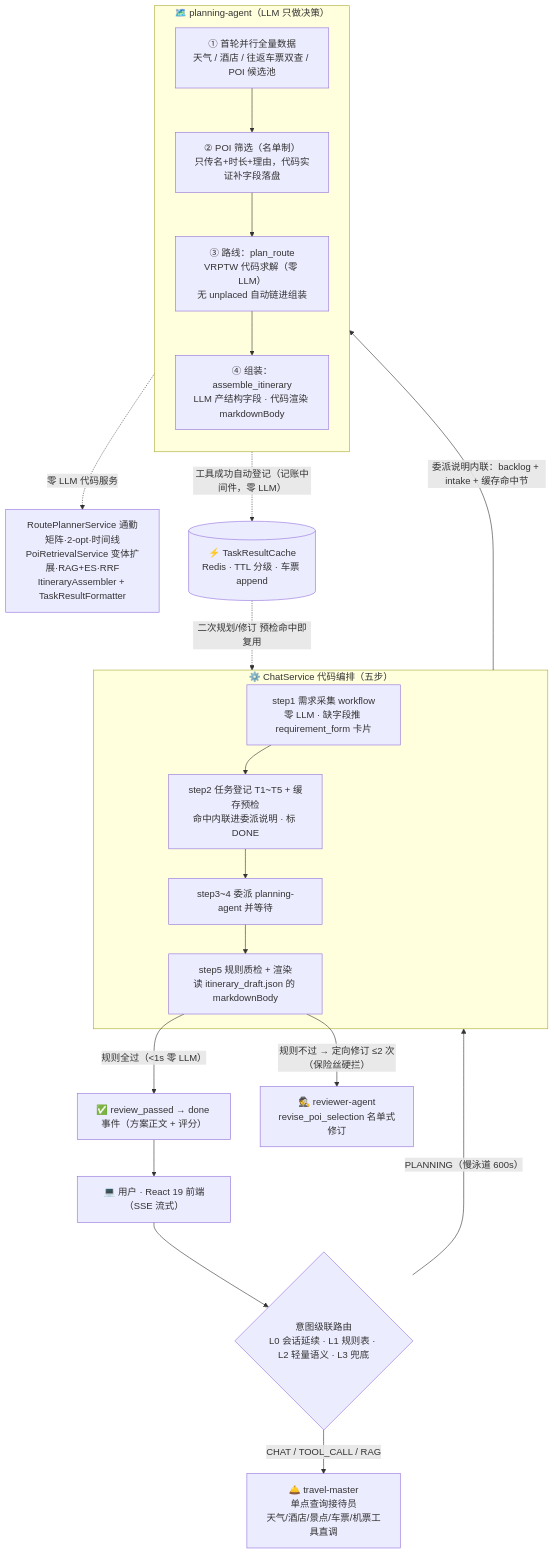
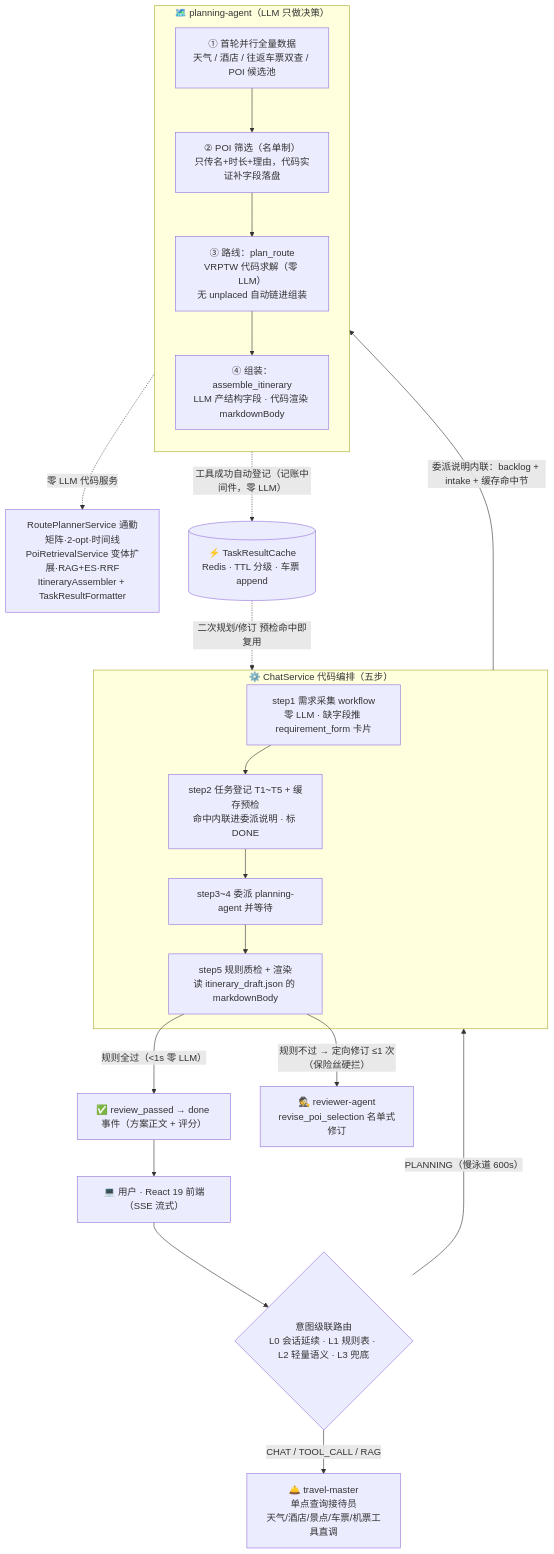
One commit to Kilsme/TravelScope changed the diagram in README.md. Above: the diagram before and after it, drawn with Mermaid. The commit also changed other lines of this file and 50 other files, not shown here.

````diff
--- a/README.md
+++ b/README.md
@@ -52,36 +52,36 @@
 ```mermaid
 flowchart TD
     U["💻 用户 · React 19 前端（SSE 流式）"] --> IR{"意图级联路由<br/>L0 会话延续 · L1 规则表 · L2 轻量语义 · L3 兜底"}
 
     IR -->|"CHAT / TOOL_CALL / RAG"| M["🛎️ travel-master<br/>单点查询接待员<br/>天气/酒店/景点/车票/机票工具直调"]
 
     IR -->|"PLANNING（慢泳道 600s）"| CS
 
     subgraph CS ["⚙️ ChatService 代码编排（五步）"]
         S1["step1 需求采集 workflow<br/>零 LLM · 缺字段推 requirement_form 卡片"]
         S2["step2 任务登记 T1~T5 + 缓存预检<br/>命中内联进委派说明 · 标 DONE"]
         S34["step3~4 委派 planning-agent 并等待"]
         S5["step5 规则质检 + 渲染<br/>读 itinerary_draft.json 的 markdownBody"]
         S1 --> S2 --> S34 --> S5
     end
 
     subgraph PA ["🗺️ planning-agent（LLM 只做决策）"]
         direction TB
         P1["① 首轮并行全量数据<br/>天气 / 酒店 / 往返车票双查 / POI 候选池"]
         P2["② POI 筛选（名单制）<br/>只传名+时长+理由，代码实证补字段落盘"]
         P3["③ 路线：plan_route<br/>VRPTW 代码求解（零 LLM）<br/>无 unplaced 自动链进组装"]
         P4["④ 组装：assemble_itinerary<br/>LLM 产结构字段 · 代码渲染 markdownBody"]
         P1 --> P2 --> P3 --> P4
     end
 
     CS -->|"委派说明内联：backlog + intake + 缓存命中节"| PA
 
     PA -.->|"零 LLM 代码服务"| SVC["RoutePlannerService 通勤矩阵·2-opt·时间线<br/>PoiRetrievalService 变体扩展·RAG+ES·RRF<br/>ItineraryAssembler + TaskResultFormatter"]
     PA -.->|"工具成功自动登记（记账中间件，零 LLM）"| TC[("⚡ TaskResultCache<br/>Redis · TTL 分级 · 车票 append")]
     TC -.->|"二次规划/修订 预检命中即复用"| CS
 
     S5 -->|"规则全过（<1s 零 LLM）"| OUT["✅ review_passed → done 事件（方案正文 + 评分）"]
-    S5 -->|"规则不过 → 定向修订 ≤2 次（保险丝硬拦）"| RV["🕵️ reviewer-agent<br/>revise_poi_selection 名单式修订"]
+    S5 -->|"规则不过 → 定向修订 ≤1 次（保险丝硬拦）"| RV["🕵️ reviewer-agent<br/>revise_poi_selection 名单式修订"]
 
     OUT --> U
 ```
````
